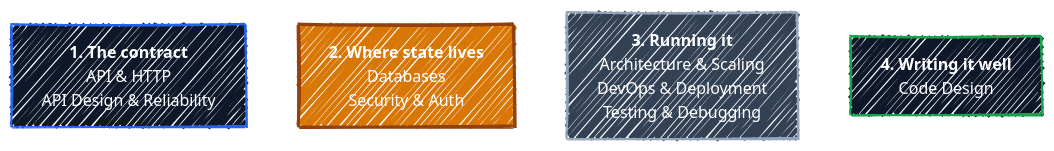
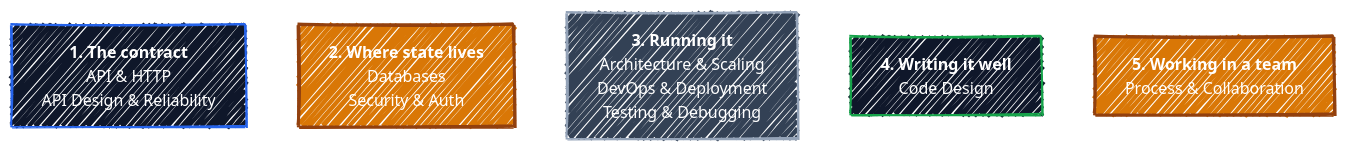
One commit to r97221004/BK-interview changed the second of 2 diagrams in README.md. Above: the diagram before and after it, drawn with Mermaid. The commit also changed other lines of this file and 53 other files, not shown here.

First line of the commit message:
Add Process & Collaboration, on how the work gets planned and reviewed

````diff
--- a/README.md
+++ b/README.md
@@ -67,28 +67,30 @@
 ```mermaid
 ---
 config:
   look: handDrawn
   theme: default
   themeVariables:
     fontFamily: '"Comic Sans MS", "Comic Sans", "Segoe Print", "Bradley Hand", cursive'
     lineColor: '#FFFFFF'
     edgeLabelBackground: '#475569'
   themeCSS: |
     .edgeLabel, .edgeLabel p, .edgeLabel span { color: #FFFFFF !important; }
 ---
 flowchart LR
     protocol["<b>1. The contract</b><br/>API &amp; HTTP<br/>API Design &amp; Reliability"]
     state["<b>2. Where state lives</b><br/>Databases<br/>Security &amp; Auth"]
     operate["<b>3. Running it</b><br/>Architecture &amp; Scaling<br/>DevOps &amp; Deployment<br/>Testing &amp; Debugging"]
     write["<b>4. Writing it well</b><br/>Code Design"]
-    protocol --> state --> operate --> write
+    team["<b>5. Working in a team</b><br/>Process &amp; Collaboration"]
+    protocol --> state --> operate --> write --> team
 
     classDef edgeStyle fill:#0F172A,stroke:#2563EB,stroke-width:2px,color:#FFFFFF
     classDef svcStyle fill:#D97706,stroke:#92400E,stroke-width:3px,color:#FFFFFF
     classDef workerStyle fill:#334155,stroke:#94A3B8,stroke-width:2px,color:#FFFFFF
     classDef writeStyle fill:#0F172A,stroke:#16A34A,stroke-width:2px,color:#FFFFFF
     class protocol edgeStyle
     class state svcStyle
     class operate workerStyle
     class write writeStyle
+    class team svcStyle
 ```
````
